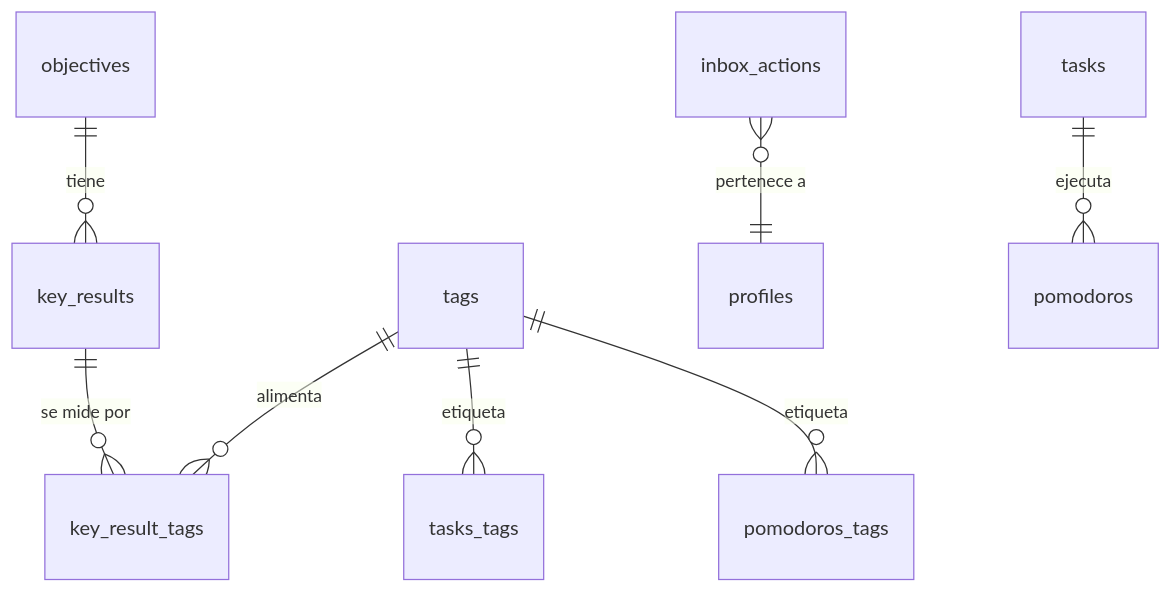
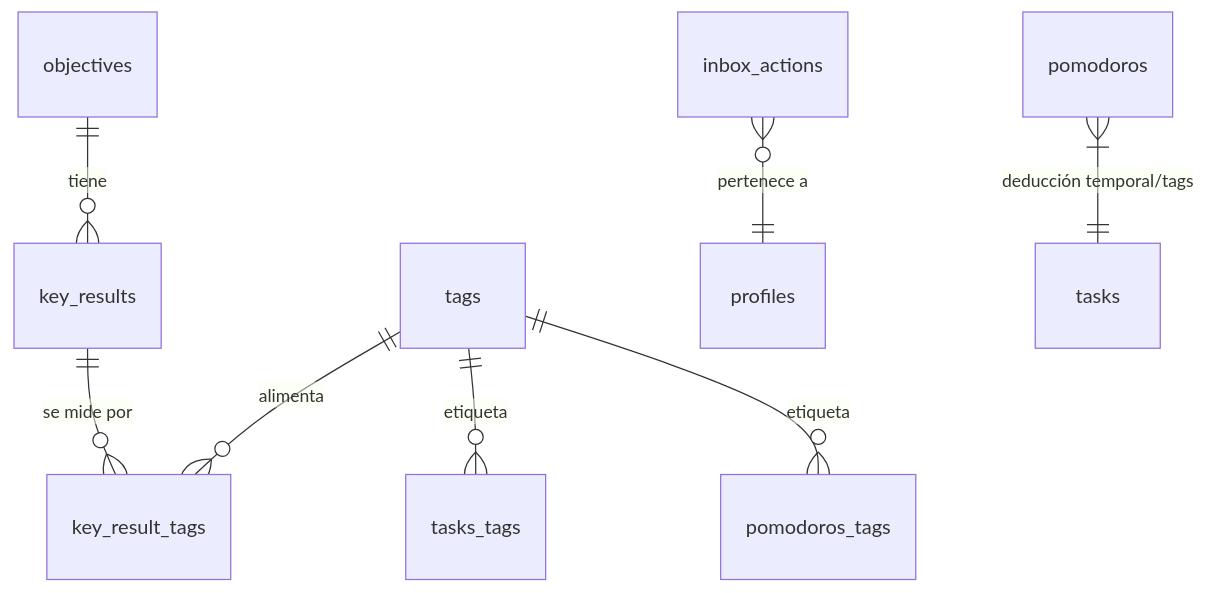
Before and after one commit to CRISOMG/yourfocus: the diagram in docs/features/tag_based_okrs/feature_tag_based_okrs.md, drawn with Mermaid. The commit also changed other lines of this file and 26 other files, not shown here.

````diff
--- a/docs/features/tag_based_okrs/feature_tag_based_okrs.md
+++ b/docs/features/tag_based_okrs/feature_tag_based_okrs.md
@@ -369,10 +369,10 @@
 ```mermaid
 erDiagram
     objectives ||--o{ key_results : "tiene"
     key_results ||--o{ key_result_tags : "se mide por"
     tags ||--o{ key_result_tags : "alimenta"
     tags ||--o{ tasks_tags : "etiqueta"
     tags ||--o{ pomodoros_tags : "etiqueta"
     inbox_actions }o--|| profiles : "pertenece a"
-    tasks ||--o{ pomodoros : "ejecuta"
+    pomodoros }|--|| tasks : "deducción temporal/tags"
 ```
````
